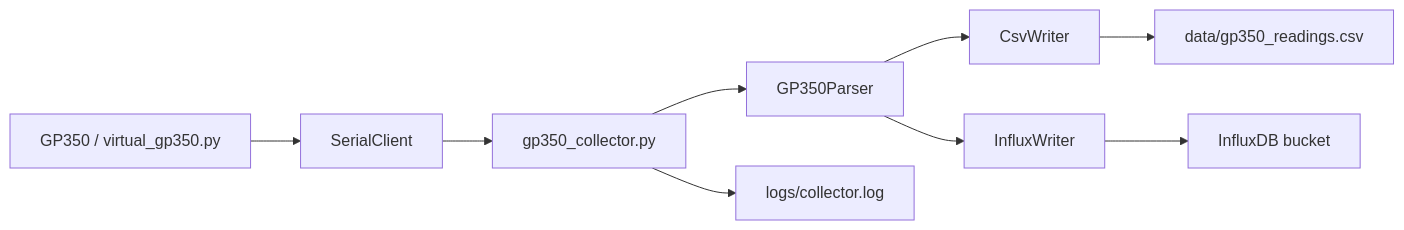
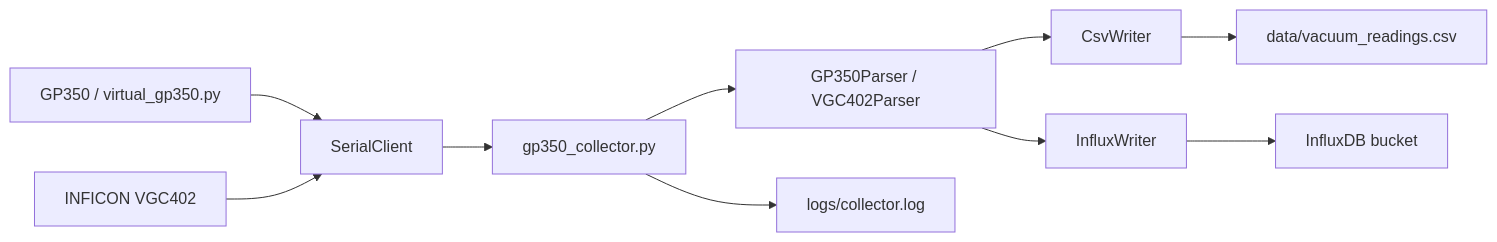
One commit to alphatra/vacuum-instrument-monitor changed the first of 6 diagrams in docs/kolektor_danych.md. Above: the diagram before and after it, drawn with Mermaid. The commit also changed other lines of this file and 45 other files, not shown here.

````diff
--- a/docs/kolektor_danych.md
+++ b/docs/kolektor_danych.md
@@ -6,11 +6,12 @@
 ```mermaid
 flowchart LR
     GP350["GP350 / virtual_gp350.py"] --> Serial["SerialClient"]
+    VGC["INFICON VGC402"] --> Serial
     Serial --> Collector["gp350_collector.py"]
-    Collector --> Parser["GP350Parser"]
+    Collector --> Parser["GP350Parser / VGC402Parser"]
     Parser --> Writer["CsvWriter"]
-    Writer --> CSV["data/gp350_readings.csv"]
+    Writer --> CSV["data/vacuum_readings.csv"]
     Parser --> Influx["InfluxWriter"]
     Influx --> Bucket["InfluxDB bucket"]
     Collector --> Log["logs/collector.log"]
 ```
````
